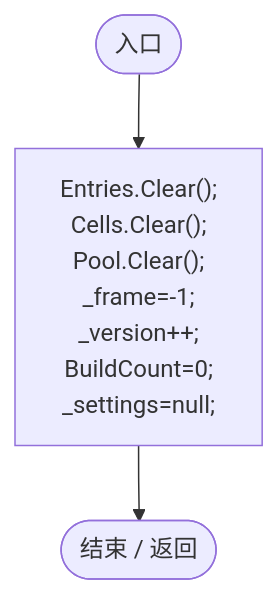
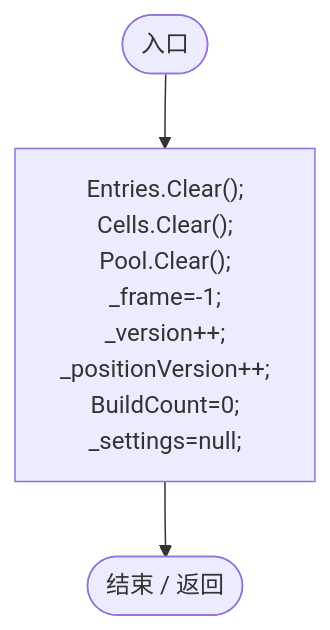
Diagram 16 of 16 in Docs/运行流程图/脚本/e5e24c4aff0395b1.md (xhs6666/Darwin_paradise), drawn with Mermaid before and after one commit. The commit also changed other lines of this file and 219 other files, not shown here.

````diff
--- a/Docs/运行流程图/脚本/e5e24c4aff0395b1.md
+++ b/Docs/运行流程图/脚本/e5e24c4aff0395b1.md
@@ -565,9 +674,9 @@
 ```mermaid
 flowchart TD
   b0(["入口"])
-  b1["Entries.Clear();<br/>Cells.Clear();<br/>Pool.Clear();<br/>_frame=-1;<br/>_version++;<br/>BuildCount=0;<br/>_settings=null;"]
+  b1["Entries.Clear();<br/>Cells.Clear();<br/>Pool.Clear();<br/>_frame=-1;<br/>_version++;<br/>_positionVersion++;<br/>BuildCount=0;<br/>_settings=null;"]
   b2(["结束 / 返回"])
   b0 --> b1
   b1 --> b2
 
 ```
````
